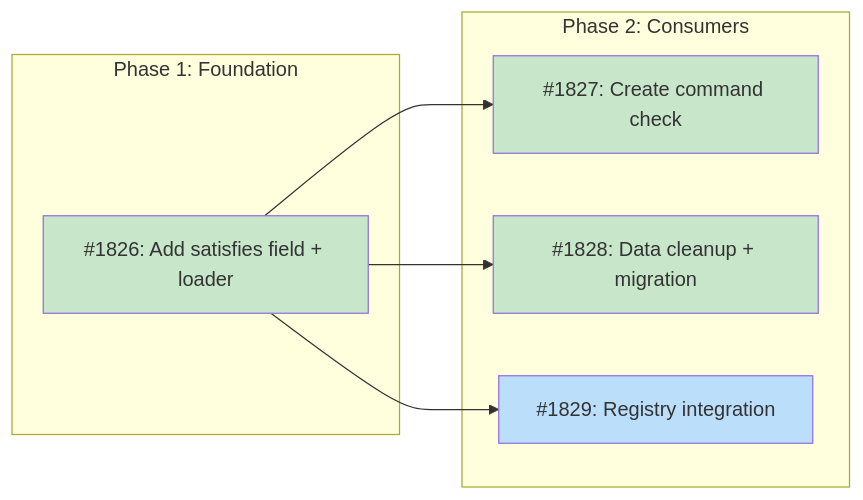
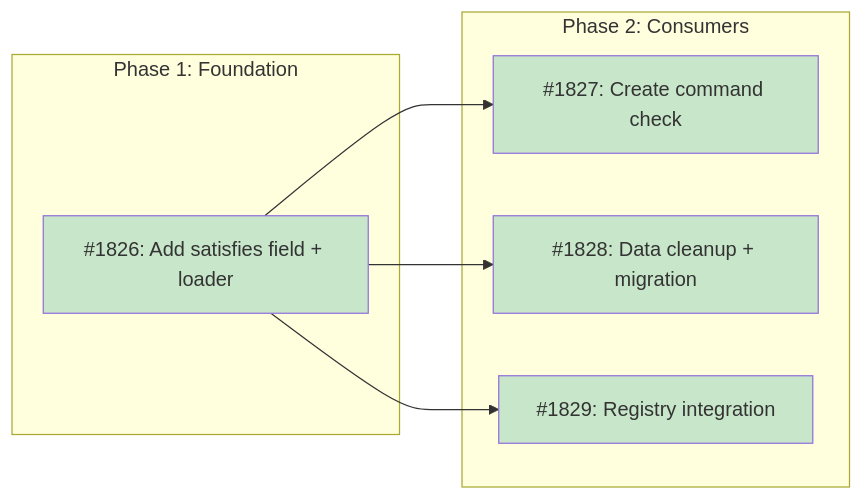
Before and after one commit to tsukumogami/tsuku: the diagram in docs/designs/DESIGN-ecosystem-name-resolution.md, drawn with Mermaid.

Commit message:
docs: mark all implementation issues as done in Mermaid graph

````diff
--- a/docs/designs/DESIGN-ecosystem-name-resolution.md
+++ b/docs/designs/DESIGN-ecosystem-name-resolution.md
@@ -34,25 +34,24 @@
 ```mermaid
 graph LR
     subgraph Phase1["Phase 1: Foundation"]
         I1826["#1826: Add satisfies field + loader"]
     end
 
     subgraph Phase2["Phase 2: Consumers"]
         I1827["#1827: Create command check"]
         I1828["#1828: Data cleanup + migration"]
         I1829["#1829: Registry integration"]
     end
 
     I1826 --> I1827
     I1826 --> I1828
     I1826 --> I1829
 
     classDef done fill:#c8e6c9
     classDef ready fill:#bbdefb
     classDef blocked fill:#fff9c4
     classDef needsDesign fill:#e1bee7
     classDef tracksDesign fill:#FFE0B2,stroke:#F57C00,color:#000
 
-    class I1826,I1827,I1828 done
-    class I1829 ready
+    class I1826,I1827,I1828,I1829 done
 ```
````
